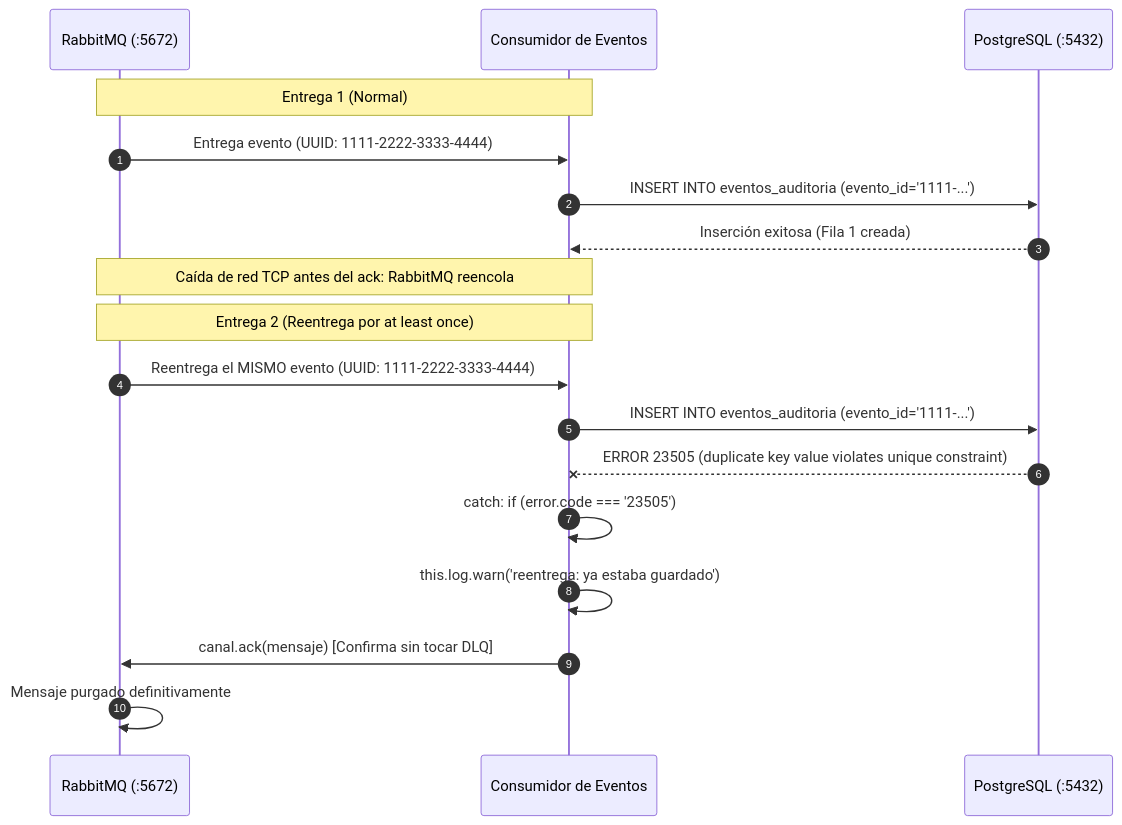
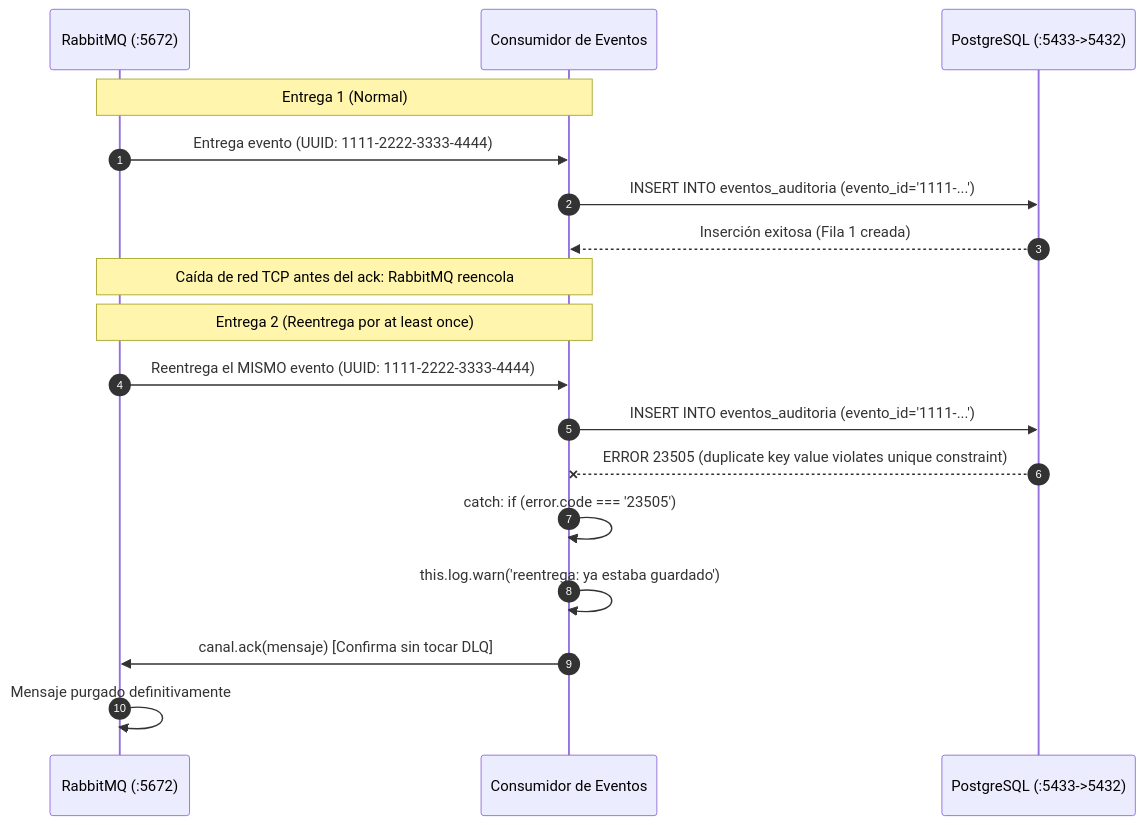
The ninth of 12 diagrams in FLUJOS_EXPLICADOS_PASO_A_PASO.md (oskr003/vidalstore-ep1-skill), drawn with Mermaid before and after one commit. The commit also changed other lines of this file and 9 other files, not shown here.

````diff
--- a/FLUJOS_EXPLICADOS_PASO_A_PASO.md
+++ b/FLUJOS_EXPLICADOS_PASO_A_PASO.md
@@ -991,22 +991,22 @@
 ```mermaid
 sequenceDiagram
     autonumber
     participant Rabbit as RabbitMQ (:5672)
     participant Worker as Consumidor de Eventos
-    participant Postgres as PostgreSQL (:5432)
+    participant Postgres as PostgreSQL (:5433->5432)
 
     Note over Rabbit,Worker: Entrega 1 (Normal)
     Rabbit->>Worker: Entrega evento (UUID: 1111-2222-3333-4444)
     Worker->>Postgres: INSERT INTO eventos_auditoria (evento_id='1111-...')
     Postgres-->>Worker: Inserción exitosa (Fila 1 creada)
     Note over Worker,Rabbit: Caída de red TCP antes del ack: RabbitMQ reencola
     
     Note over Rabbit,Worker: Entrega 2 (Reentrega por at least once)
     Rabbit->>Worker: Reentrega el MISMO evento (UUID: 1111-2222-3333-4444)
     Worker->>Postgres: INSERT INTO eventos_auditoria (evento_id='1111-...')
     Postgres--xWorker: ERROR 23505 (duplicate key value violates unique constraint)
     Worker->>Worker: catch: if (error.code === '23505')
     Worker->>Worker: this.log.warn('reentrega: ya estaba guardado')
     Worker->>Rabbit: canal.ack(mensaje) [Confirma sin tocar DLQ]
     Rabbit->>Rabbit: Mensaje purgado definitivamente
 ```
````
